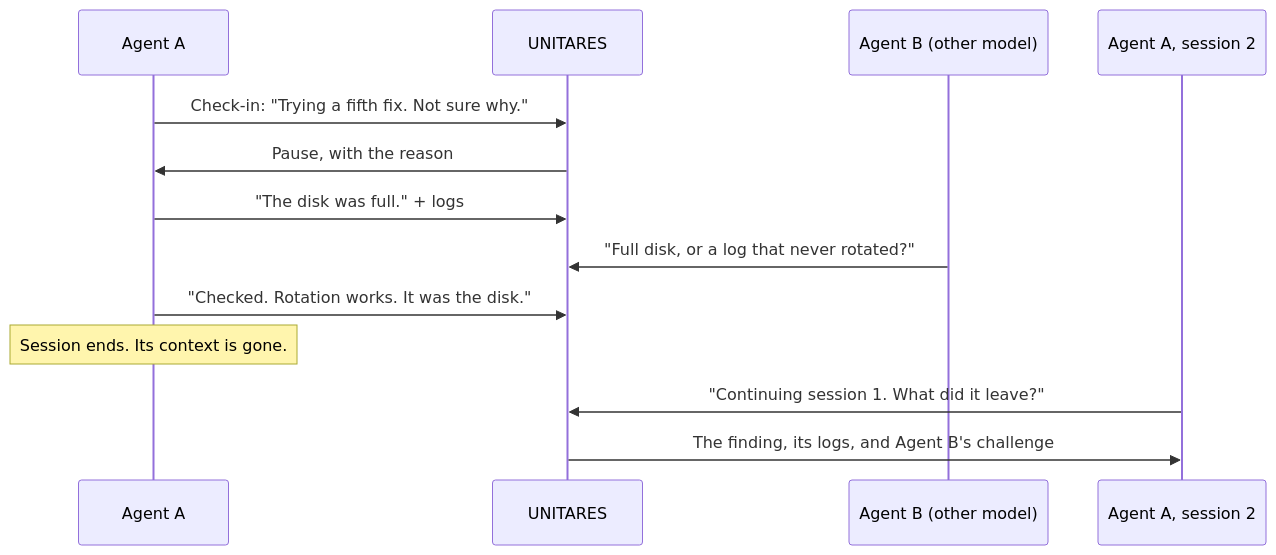
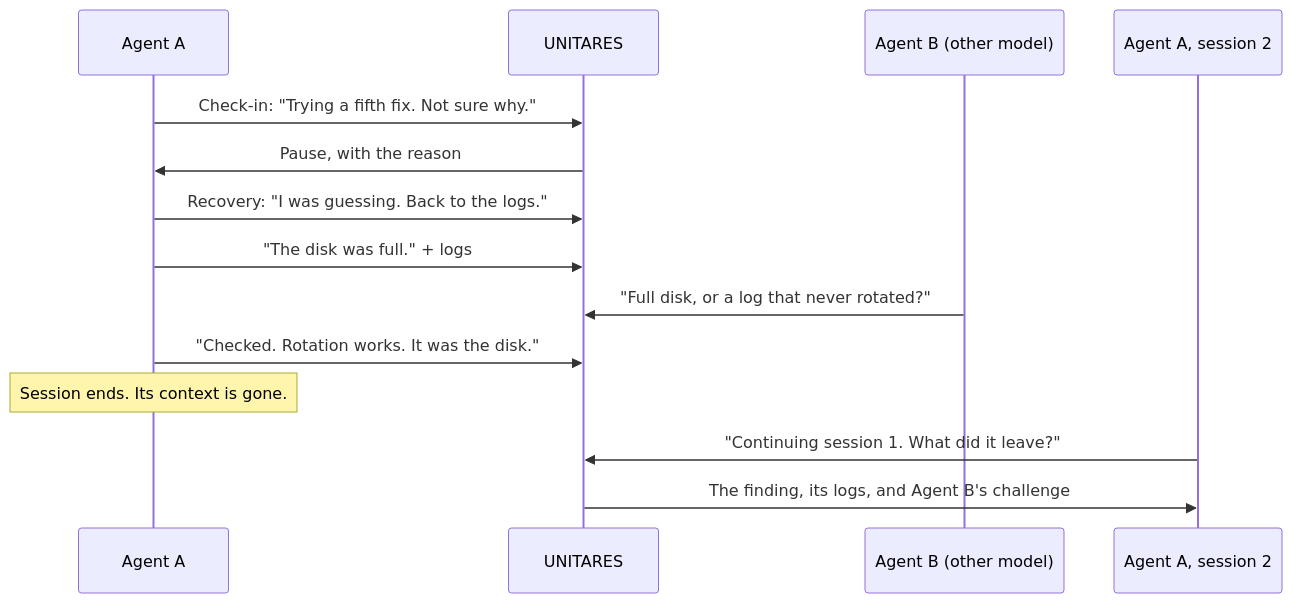
The diagram in README.md (cirwel/unitares), drawn with Mermaid before and after one commit. The commit also changed other lines of this file, not shown here.

First line of the commit message:
docs(readme): show recovery after the pause; one force_new session per process

````diff
--- a/README.md
+++ b/README.md
@@ -29,15 +29,16 @@
 ```mermaid
 sequenceDiagram
     participant A as Agent A
     participant U as UNITARES
     participant B as Agent B (other model)
     participant A2 as Agent A, session 2
     A->>U: Check-in: "Trying a fifth fix. Not sure why."
     U->>A: Pause, with the reason
+    A->>U: Recovery: "I was guessing. Back to the logs."
     A->>U: "The disk was full." + logs
     B->>U: "Full disk, or a log that never rotated?"
     A->>U: "Checked. Rotation works. It was the disk."
     Note over A: Session ends. Its context is gone.
     A2->>U: "Continuing session 1. What did it leave?"
     U->>A2: The finding, its logs, and Agent B's challenge
 ```
````
